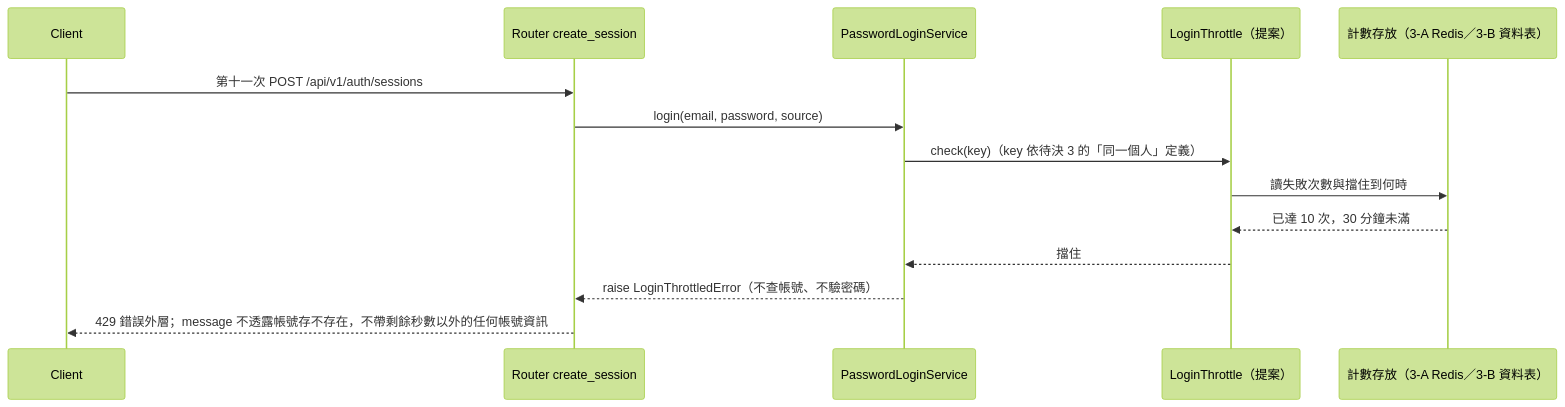
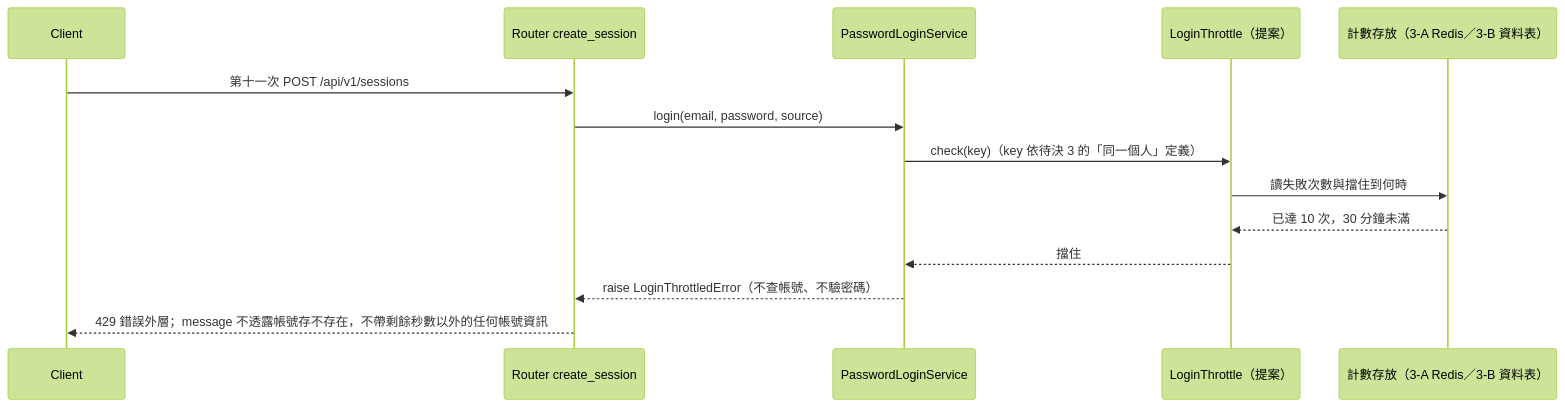
Before and after one commit to label-suite/label-suite: diagram 11 of 30 in openspec/changes/login-auth-guard/system-design.md, drawn with Mermaid (forest theme). The commit also changed other lines of this file and 4 other files, not shown here.

First line of the commit message:
docs: write the api contract for login and auth guard (#719)

````diff
--- a/openspec/changes/login-auth-guard/system-design.md
+++ b/openspec/changes/login-auth-guard/system-design.md
@@ -525,16 +525,16 @@
 ```mermaid
 sequenceDiagram
   participant C as Client
   participant R as Router create_session
   participant L as PasswordLoginService
   participant T as LoginThrottle（提案）
   participant K as 計數存放（3-A Redis／3-B 資料表）
-  C->>R: 第十一次 POST /api/v1/auth/sessions
+  C->>R: 第十一次 POST /api/v1/sessions
   R->>L: login(email, password, source)
   L->>T: check(key)（key 依待決 3 的「同一個人」定義）
   T->>K: 讀失敗次數與擋住到何時
   K-->>T: 已達 10 次，30 分鐘未滿
   T-->>L: 擋住
   L-->>R: raise LoginThrottledError（不查帳號、不驗密碼）
   R-->>C: 429 錯誤外層；message 不透露帳號存不存在，不帶剩餘秒數以外的任何帳號資訊
 ```
````
